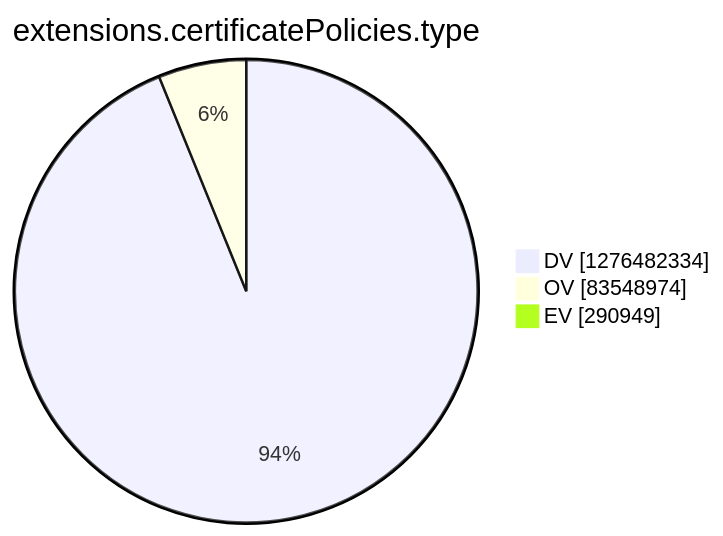
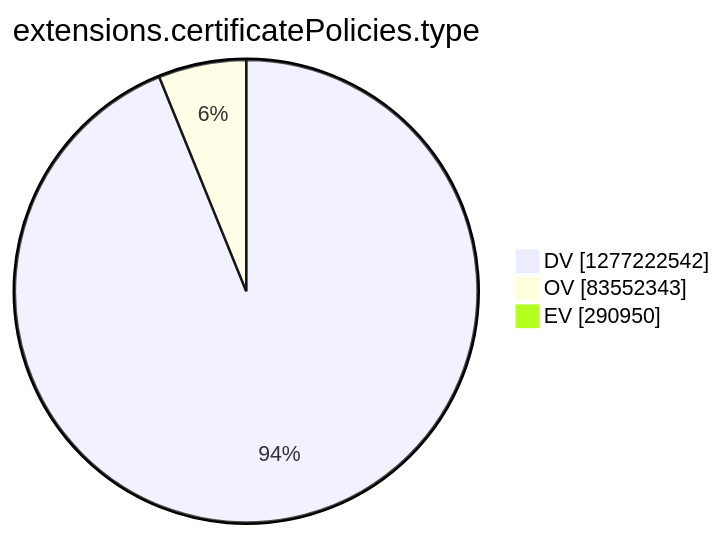
The tenth of 15 diagrams in argon2022/README.md (christiankrug/ctmonitor_visualization), drawn with Mermaid before and after one commit. The commit also changed other lines of this file, not shown here.

````diff
--- a/argon2022/README.md
+++ b/argon2022/README.md
@@ -2771,7 +2771,7 @@
 ```mermaid
 pie showData
 title extensions.certificatePolicies.type
-"DV" :1276482334
-"OV" :83548974
-"EV" :290949
+"DV" :1277222542
+"OV" :83552343
+"EV" :290950
 ```
````
